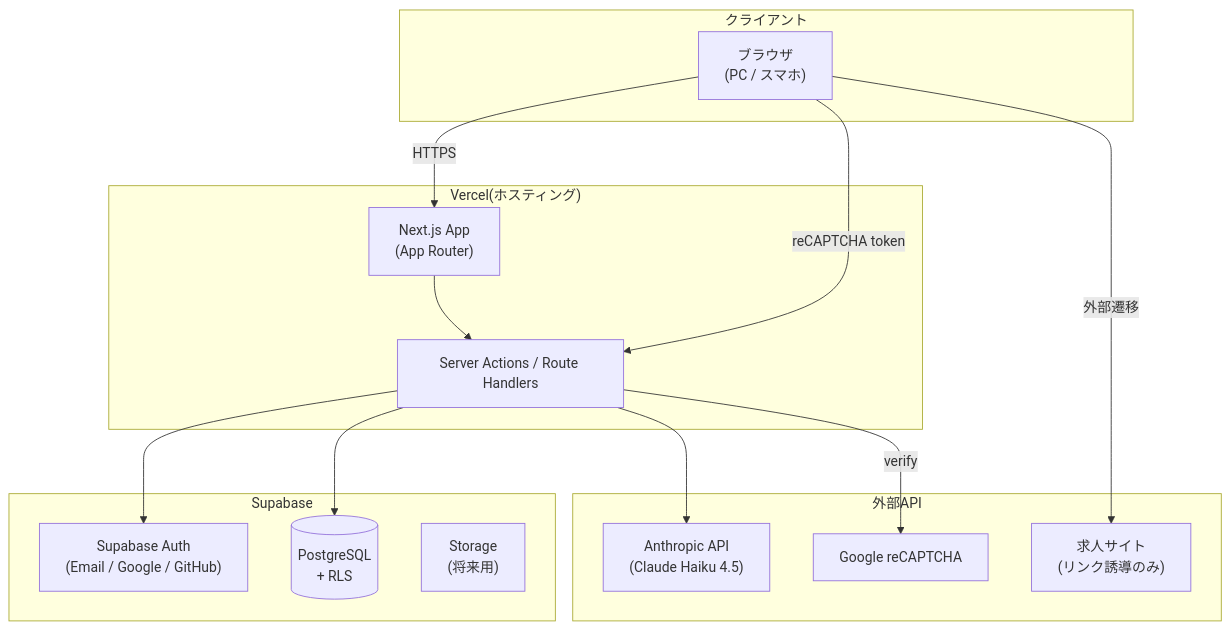
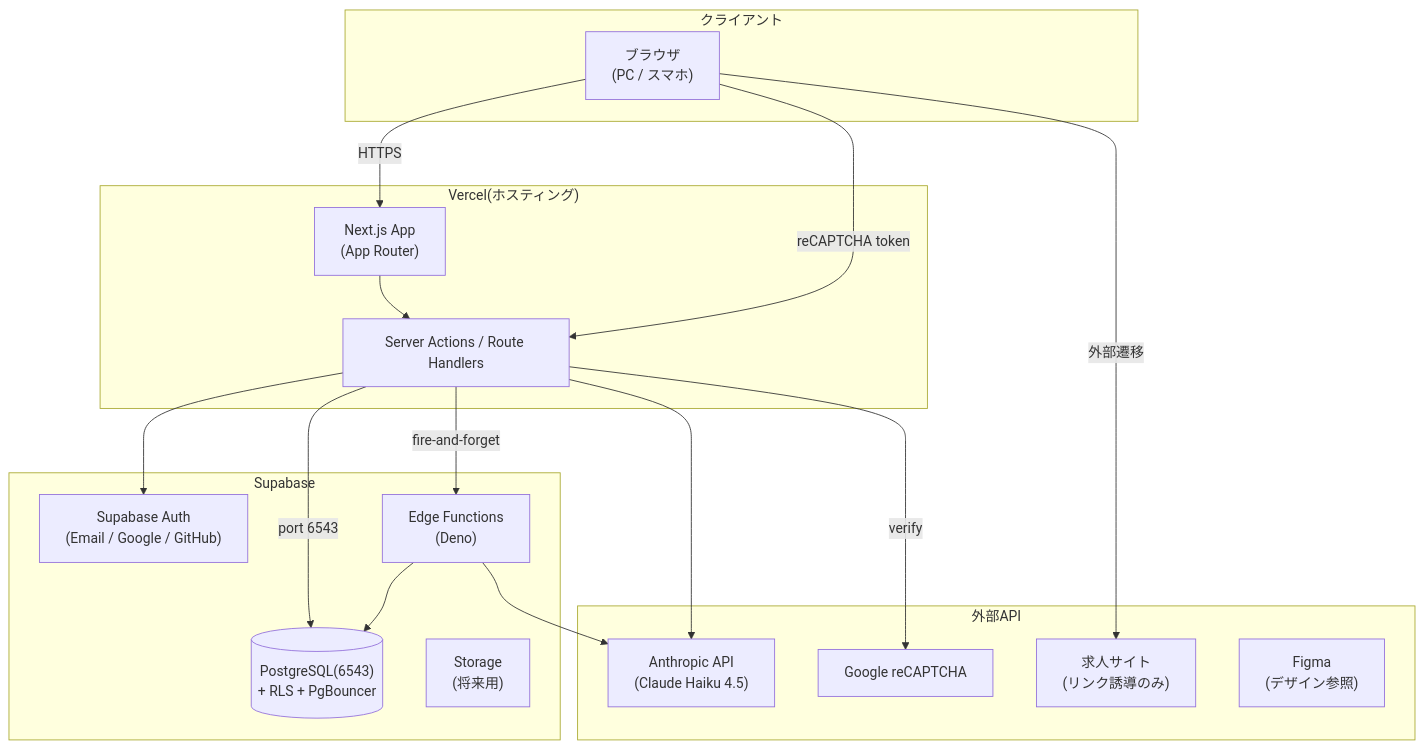
The first of 6 diagrams in docs/02_basic_design/system_architecture.md (ietsuka/enngineer-career-ai), drawn with Mermaid before and after one commit. The commit also changed other lines of this file and 2 other files, not shown here.

````diff
--- a/docs/02_basic_design/system_architecture.md
+++ b/docs/02_basic_design/system_architecture.md
@@ -15,32 +16,37 @@
 ```mermaid
 graph TB
     subgraph Client["クライアント"]
         Browser["ブラウザ<br/>(PC / スマホ)"]
     end
 
     subgraph Vercel["Vercel(ホスティング)"]
         NextApp["Next.js App<br/>(App Router)"]
         ServerActions["Server Actions / Route Handlers"]
     end
 
     subgraph Supabase["Supabase"]
         Auth["Supabase Auth<br/>(Email / Google / GitHub)"]
-        DB[("PostgreSQL<br/>+ RLS")]
+        DB[("PostgreSQL(6543)<br/>+ RLS + PgBouncer")]
+        EdgeFn["Edge Functions<br/>(Deno)"]
         Storage["Storage<br/>(将来用)"]
     end
 
     subgraph External["外部API"]
         Anthropic["Anthropic API<br/>(Claude Haiku 4.5)"]
         Recaptcha["Google reCAPTCHA"]
         JobSites["求人サイト<br/>(リンク誘導のみ)"]
+        Figma["Figma<br/>(デザイン参照)"]
     end
 
     Browser -->|HTTPS| NextApp
     NextApp --> ServerActions
     ServerActions --> Auth
-    ServerActions --> DB
+    ServerActions -->|port 6543| DB
     ServerActions --> Anthropic
+    ServerActions -->|fire-and-forget| EdgeFn
+    EdgeFn --> DB
+    EdgeFn --> Anthropic
     Browser -->|reCAPTCHA token| ServerActions
     ServerActions -->|verify| Recaptcha
     Browser -->|外部遷移| JobSites
 ```
````
